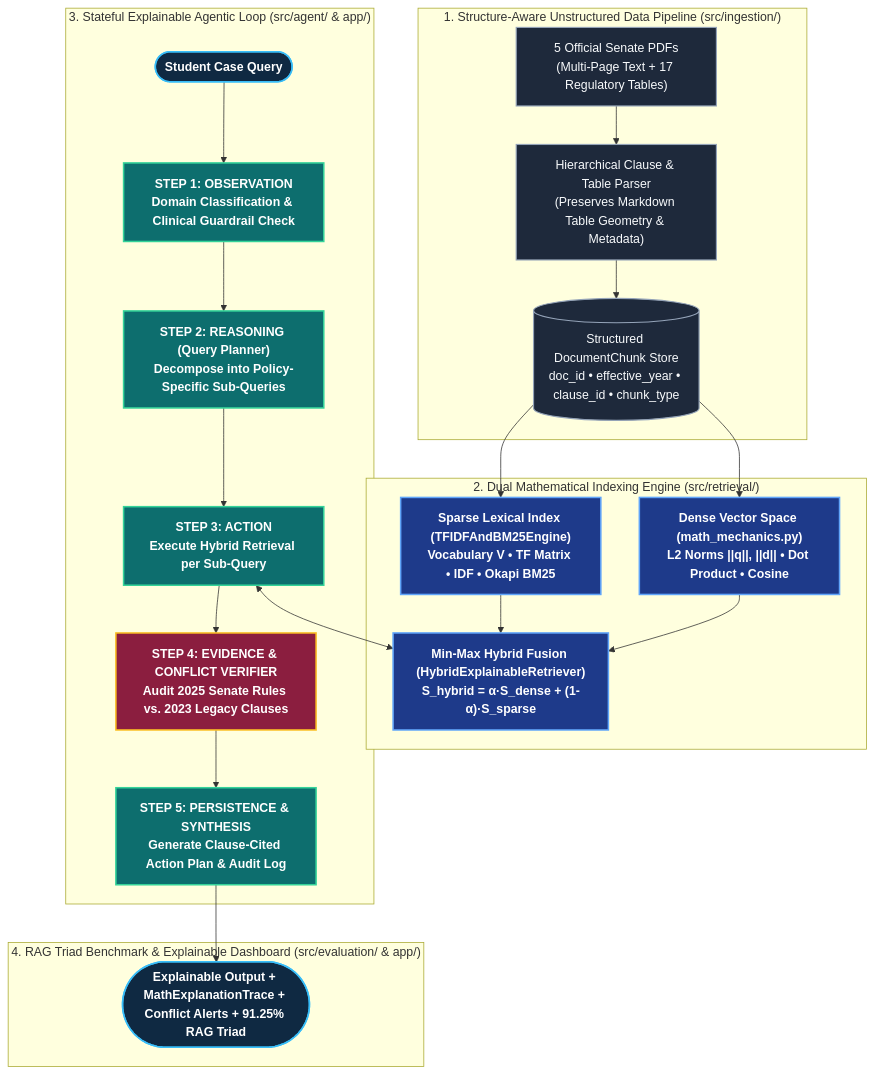
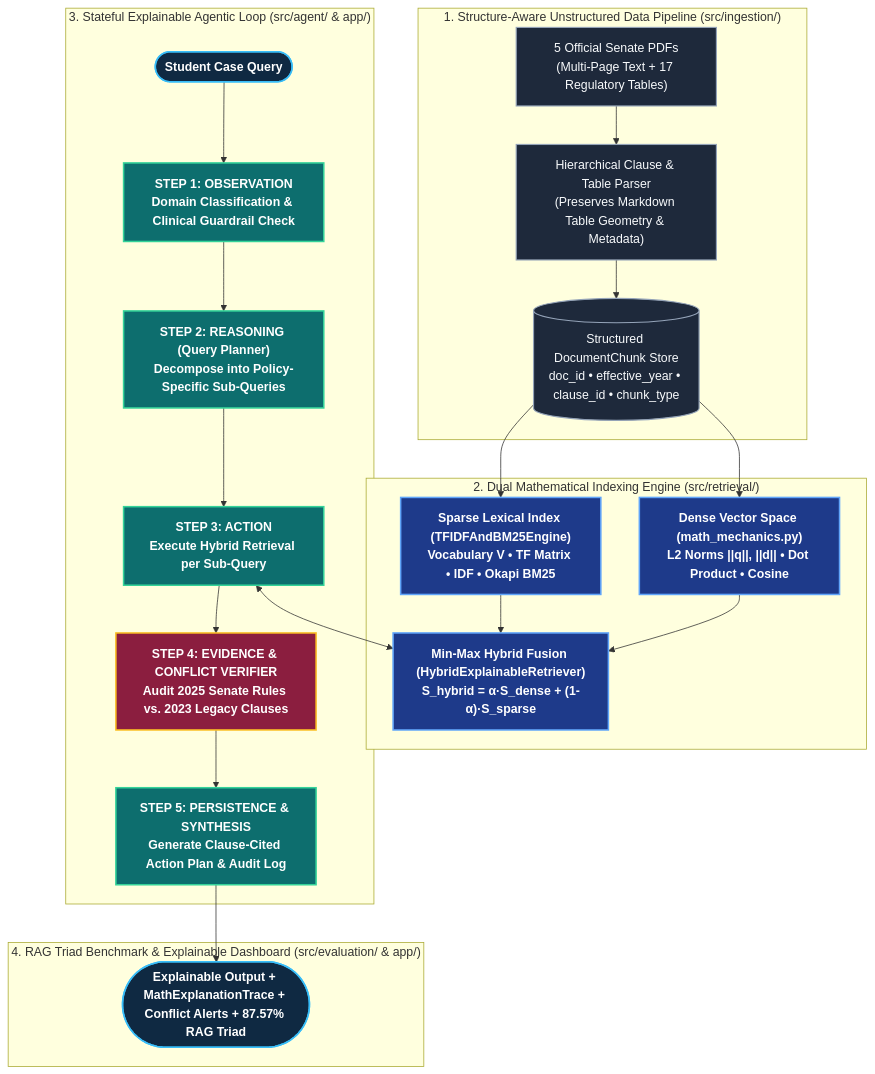
The first of 3 diagrams in README.md (adeeshachathurmina-ux/MediAcad-Agentic-RAG), drawn with Mermaid before and after one commit. The commit also changed other lines of this file and 10 other files, not shown here.

Commit message:
fix: complete fresh-venv ChromaDB persistence, real RAG Triad ablation, query planner & UI/README polish

````diff
--- a/README.md
+++ b/README.md
@@ -73,41 +73,41 @@
 ```mermaid
 flowchart TD
     classDef input fill:#0F2942,stroke:#38BDF8,stroke-width:2px,color:#FFFFFF,font-weight:bold;
     classDef pipe fill:#1E293B,stroke:#94A3B8,stroke-width:1.5px,color:#F8FAFC;
     classDef math fill:#1E3A8A,stroke:#60A5FA,stroke-width:2px,color:#FFFFFF,font-weight:bold;
     classDef agent fill:#0D6E6E,stroke:#34D399,stroke-width:2px,color:#FFFFFF,font-weight:bold;
     classDef conflict fill:#8B1E3F,stroke:#FBBF24,stroke-width:2px,color:#FFFFFF,font-weight:bold;
 
     subgraph INGESTION ["1. Structure-Aware Unstructured Data Pipeline (src/ingestion/)"]
         PDF["5 Official Senate PDFs<br/>(Multi-Page Text + 17 Regulatory Tables)"]:::pipe
         PARSE["Hierarchical Clause & Table Parser<br/>(Preserves Markdown Table Geometry & Metadata)"]:::pipe
         CHUNKS[("Structured DocumentChunk Store<br/>doc_id • effective_year • clause_id • chunk_type")]:::pipe
         PDF --> PARSE --> CHUNKS
     end
 
     subgraph INDEXING ["2. Dual Mathematical Indexing Engine (src/retrieval/)"]
         SPARSE["Sparse Lexical Index (TFIDFAndBM25Engine)<br/>Vocabulary V • TF Matrix • IDF • Okapi BM25"]:::math
         DENSE["Dense Vector Space (math_mechanics.py)<br/>L2 Norms ||q||, ||d|| • Dot Product • Cosine"]:::math
         FUSION["Min-Max Hybrid Fusion (HybridExplainableRetriever)<br/>S_hybrid = α·S_dense + (1-α)·S_sparse"]:::math
         CHUNKS --> SPARSE & DENSE
         SPARSE & DENSE --> FUSION
     end
 
     subgraph AGENTIC_LOOP ["3. Stateful Explainable Agentic Loop (src/agent/ & app/)"]
         Q(["Student Case Query"]):::input
         OBS["STEP 1: OBSERVATION<br/>Domain Classification & Clinical Guardrail Check"]:::agent
         PLAN["STEP 2: REASONING (Query Planner)<br/>Decompose into Policy-Specific Sub-Queries"]:::agent
         ACT["STEP 3: ACTION<br/>Execute Hybrid Retrieval per Sub-Query"]:::agent
         VER["STEP 4: EVIDENCE & CONFLICT VERIFIER<br/>Audit 2025 Senate Rules vs. 2023 Legacy Clauses"]:::conflict
         PERSIST["STEP 5: PERSISTENCE & SYNTHESIS<br/>Generate Clause-Cited Action Plan & Audit Log"]:::agent
 
         Q --> OBS --> PLAN --> ACT
         ACT <--> FUSION
         ACT --> VER --> PERSIST
     end
 
     subgraph EVAL ["4. RAG Triad Benchmark & Explainable Dashboard (src/evaluation/ & app/)"]
-        OUT(["Explainable Output + MathExplanationTrace + Conflict Alerts + 91.25% RAG Triad"]):::input
+        OUT(["Explainable Output + MathExplanationTrace + Conflict Alerts + 87.57% RAG Triad"]):::input
         PERSIST --> OUT
     end
 ```
````
